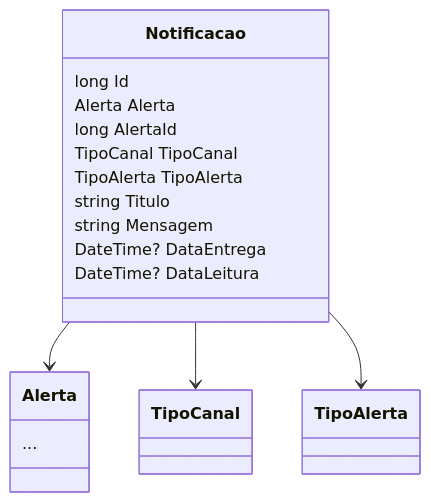
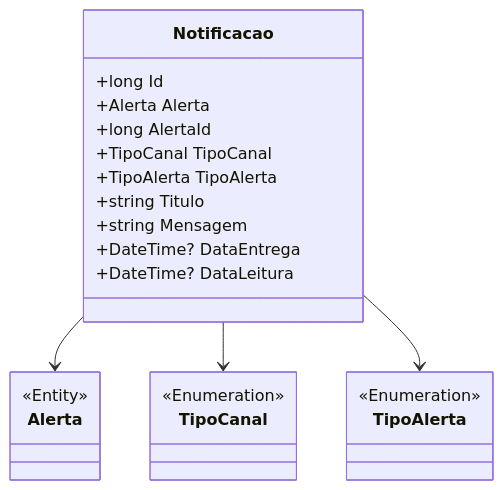
One commit to IsthmusSistemas/documentacao-tecnica changed the diagram in docs/b2b-dominio/IsthmusWinthor.Nucleo/IsthmusWinthor.Dominio/Entidades/Notificacao.md. Above: the diagram before and after it, drawn with Mermaid. The commit also changed other lines of this file and 882 other files, not shown here.

````diff
--- a/docs/b2b-dominio/IsthmusWinthor.Nucleo/IsthmusWinthor.Dominio/Entidades/Notificacao.md
+++ b/docs/b2b-dominio/IsthmusWinthor.Nucleo/IsthmusWinthor.Dominio/Entidades/Notificacao.md
@@ -22,21 +22,30 @@
 ```mermaid
 classDiagram
     class Notificacao {
-        long Id
-        Alerta Alerta
-        long AlertaId
-        TipoCanal TipoCanal
-        TipoAlerta TipoAlerta
-        string Titulo
-        string Mensagem
-        DateTime? DataEntrega
-        DateTime? DataLeitura
+        +long Id
+        +Alerta Alerta
+        +long AlertaId
+        +TipoCanal TipoCanal
+        +TipoAlerta TipoAlerta
+        +string Titulo
+        +string Mensagem
+        +DateTime? DataEntrega
+        +DateTime? DataLeitura
     }
+
     class Alerta {
-        ... 
+        <<Entity>>
+    }
+
+    class TipoCanal {
+        <<Enumeration>>
+    }
+
+    class TipoAlerta {
+        <<Enumeration>>
     }
 
     Notificacao --> Alerta
     Notificacao --> TipoCanal
     Notificacao --> TipoAlerta
 ```
````
